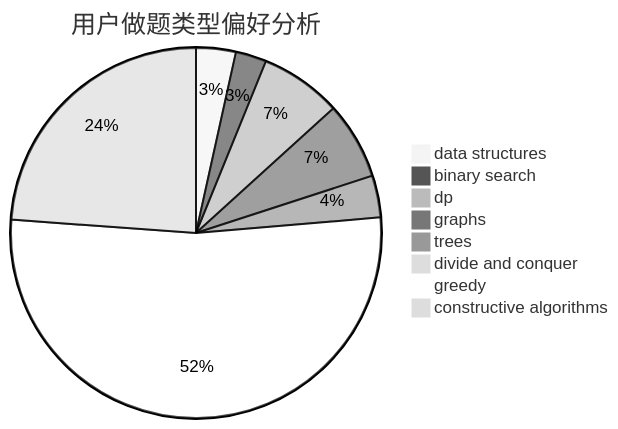
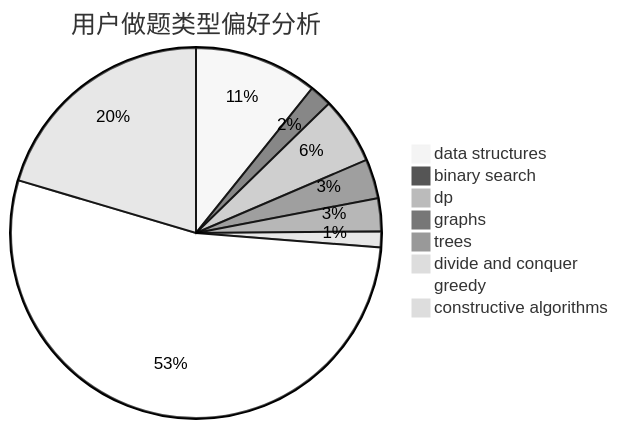
The second of 3 diagrams in docs/user/u915.md (sherpahu/cfrs.github.io), drawn with Mermaid (neutral theme) before and after one commit. The commit also changed other lines of this file and 2770 other files, not shown here.

````diff
--- a/docs/user/u915.md
+++ b/docs/user/u915.md
@@ -23,11 +23,11 @@
 ```mermaid
 pie title 用户做题类型偏好分析
-    "data structures" :  18
-    "binary search" :  14
-    "dp" :  37
-    "graphs" :  35
-    "trees" :  19
-    "divide and conquer" :  1
-    "greedy" :  273
-    "constructive algorithms" :  124
+    "data structures" :  116
+    "binary search" :  21
+    "dp" :  63
+    "graphs" :  37
+    "trees" :  31
+    "divide and conquer" :  15
+    "greedy" :  575
+    "constructive algorithms" :  220
 ```
````
